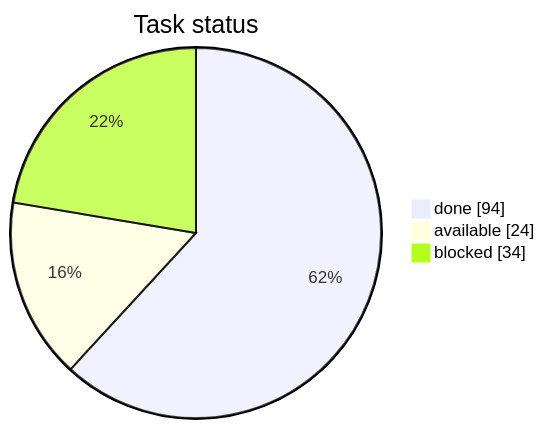
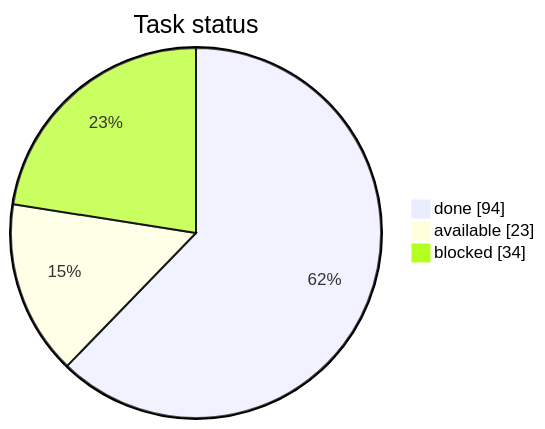
One commit to artemiiShabanov/RallyRivals changed the first of 3 diagrams in STATUS.md. Above: the diagram before and after it, drawn with Mermaid. The commit also changed other lines of this file and 2 other files, not shown here.

````diff
--- a/STATUS.md
+++ b/STATUS.md
@@ -7,7 +7,7 @@
 ```mermaid
 pie showData
     title Task status
     "done" : 94
-    "available" : 24
+    "available" : 23
     "blocked" : 34
 ```
````
